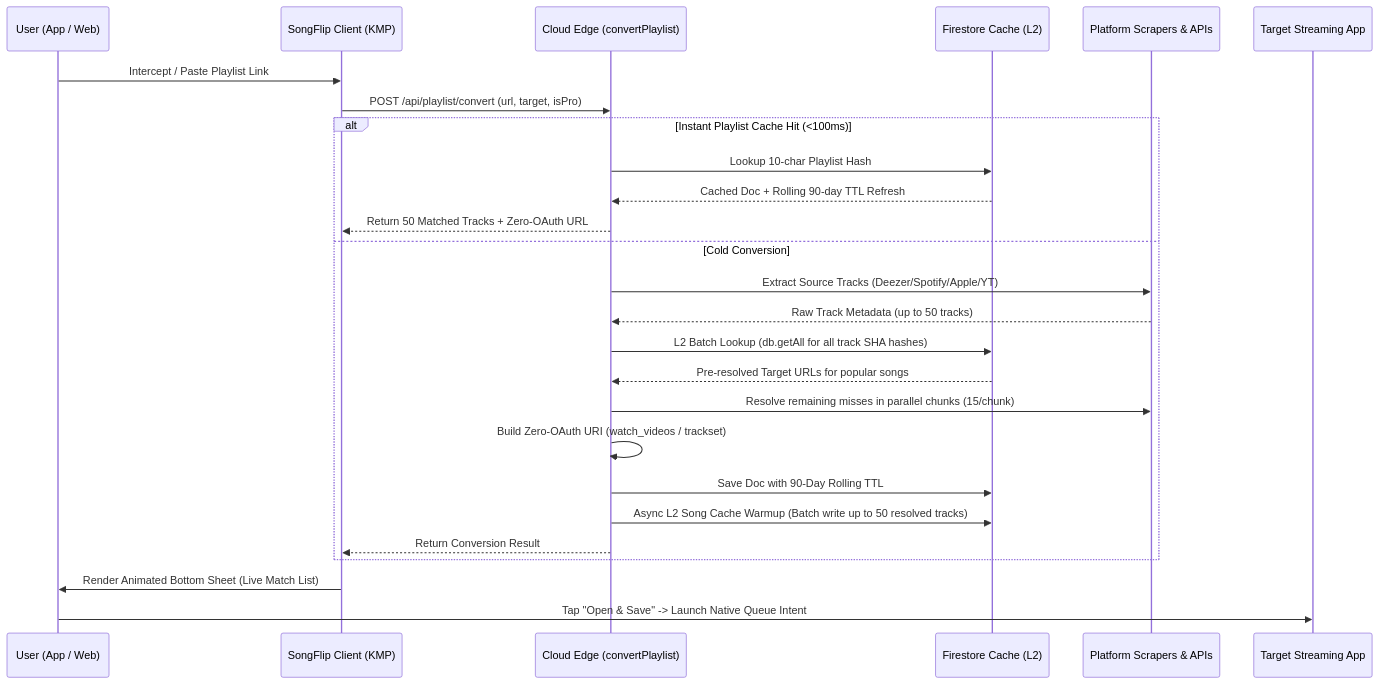
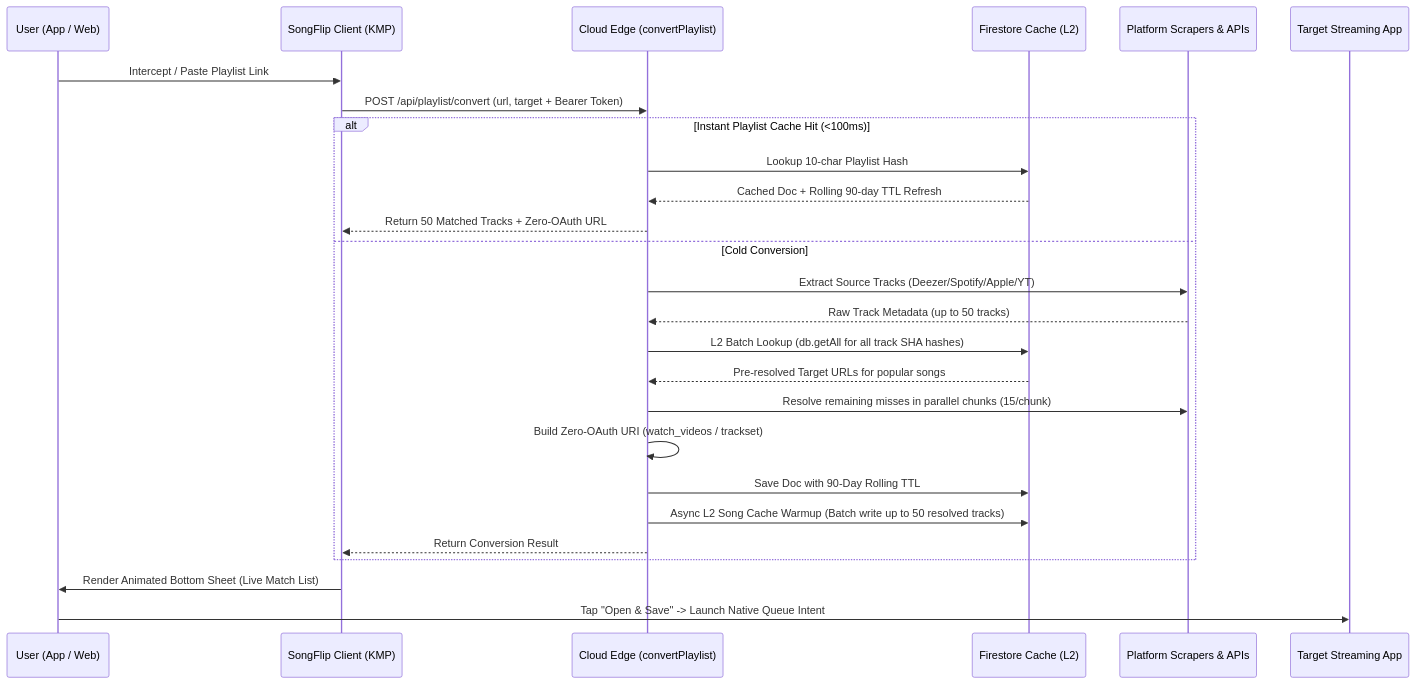
The second of 2 diagrams in ARCHITECTURE.md (thefraggle/songflip), drawn with Mermaid before and after one commit. The commit also changed other lines of this file and 55 other files, not shown here.

````diff
--- a/ARCHITECTURE.md
+++ b/ARCHITECTURE.md
@@ -106,31 +106,31 @@
 ```mermaid
 sequenceDiagram
     participant User as User (App / Web)
     participant Client as SongFlip Client (KMP)
     participant Edge as Cloud Edge (convertPlaylist)
     participant Cache as Firestore Cache (L2)
     participant Scraper as Platform Scrapers & APIs
     participant Target as Target Streaming App
 
     User->>Client: Intercept / Paste Playlist Link
-    Client->>Edge: POST /api/playlist/convert (url, target, isPro)
+    Client->>Edge: POST /api/playlist/convert (url, target + Bearer Token)
     
     alt Instant Playlist Cache Hit (<100ms)
         Edge->>Cache: Lookup 10-char Playlist Hash
         Cache-->>Edge: Cached Doc + Rolling 90-day TTL Refresh
         Edge-->>Client: Return 50 Matched Tracks + Zero-OAuth URL
     else Cold Conversion
         Edge->>Scraper: Extract Source Tracks (Deezer/Spotify/Apple/YT)
         Scraper-->>Edge: Raw Track Metadata (up to 50 tracks)
         Edge->>Cache: L2 Batch Lookup (db.getAll for all track SHA hashes)
         Cache-->>Edge: Pre-resolved Target URLs for popular songs
         Edge->>Scraper: Resolve remaining misses in parallel chunks (15/chunk)
         Edge->>Edge: Build Zero-OAuth URI (watch_videos / trackset)
         Edge->>Cache: Save Doc with 90-Day Rolling TTL
         Edge->>Cache: Async L2 Song Cache Warmup (Batch write up to 50 resolved tracks)
         Edge-->>Client: Return Conversion Result
     end
 
     Client->>User: Render Animated Bottom Sheet (Live Match List)
     User->>Target: Tap "Open & Save" -> Launch Native Queue Intent
 ```
````
